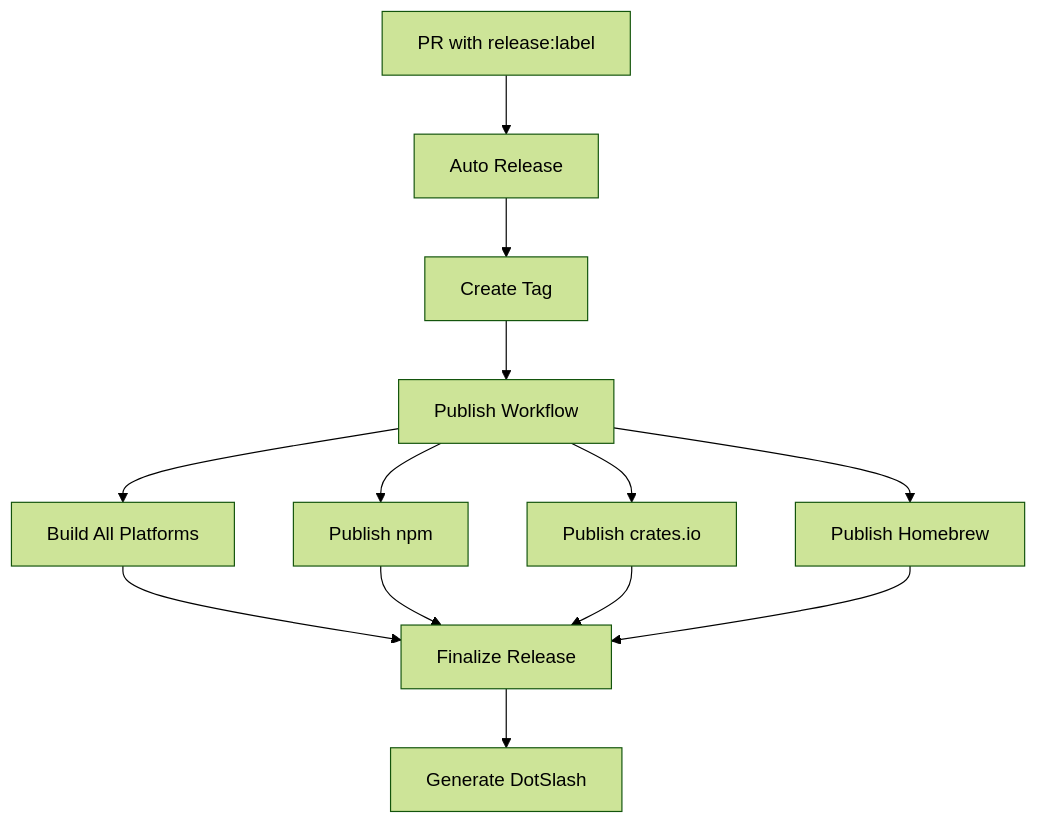
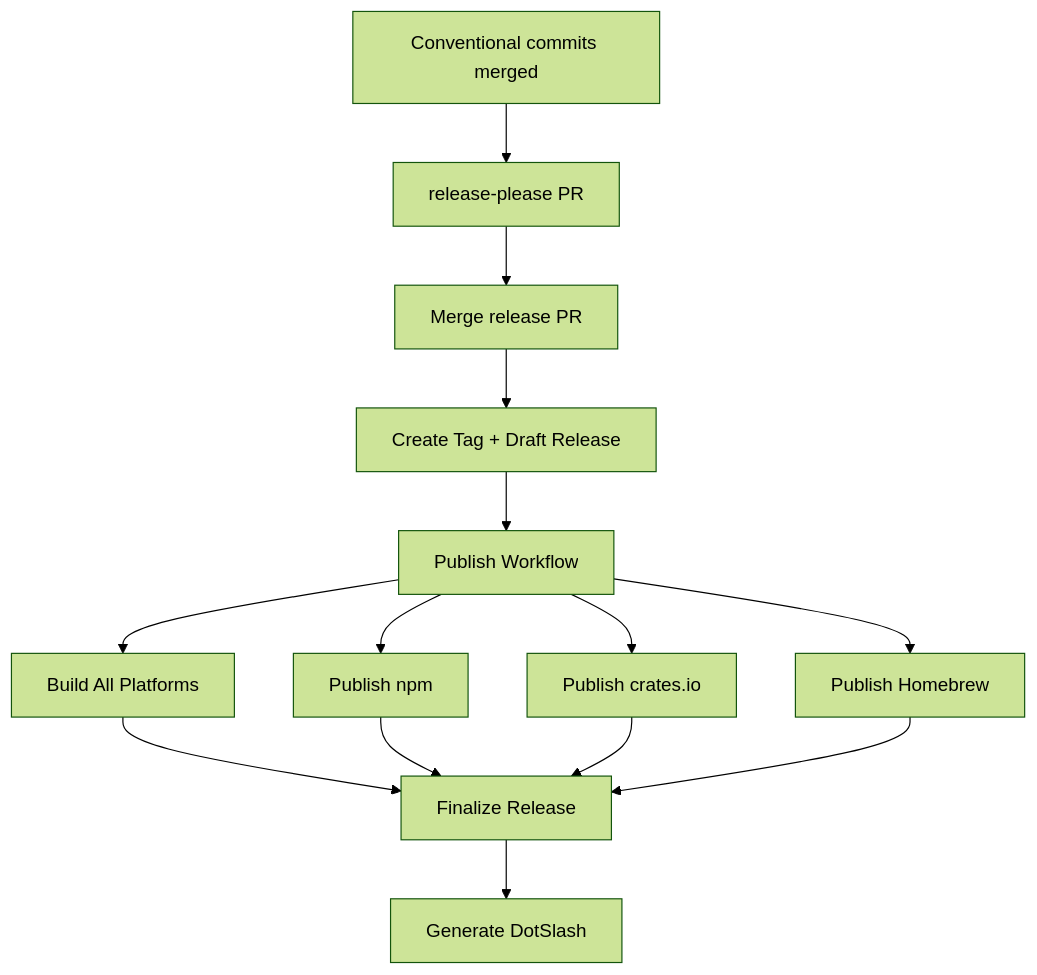
Before and after one commit to outfitter-dev/blz: the diagram in .github/workflows/README.md, drawn with Mermaid (forest theme). The commit also changed other lines of this file and 4 other files, not shown here.

Commit message:
docs(release): document release-please flow and archive legacy workflows (#354)

````diff
--- a/.github/workflows/README.md
+++ b/.github/workflows/README.md
@@ -16,15 +16,16 @@
 ```mermaid
 graph TD
-    A[PR with release:label] --> B[Auto Release]
-    B --> C[Create Tag]
-    C --> D[Publish Workflow]
-    D --> E[Build All Platforms]
-    D --> F[Publish npm]
-    D --> G[Publish crates.io]
-    D --> H[Publish Homebrew]
-    E --> I[Finalize Release]
-    F --> I
-    G --> I
-    H --> I
-    I --> J[Generate DotSlash]
+    A[Conventional commits merged] --> B[release-please PR]
+    B --> C[Merge release PR]
+    C --> D[Create Tag + Draft Release]
+    D --> E[Publish Workflow]
+    E --> F[Build All Platforms]
+    E --> G[Publish npm]
+    E --> H[Publish crates.io]
+    E --> I[Publish Homebrew]
+    F --> J[Finalize Release]
+    G --> J
+    H --> J
+    I --> J
+    J --> K[Generate DotSlash]
 ```
````
